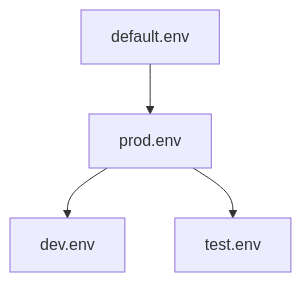
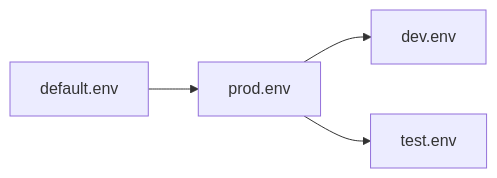
Before and after one commit to rsgalloway/envstack: the second of 4 diagrams in docs/examples.md, drawn with Mermaid. The commit also changed other lines of this file and 1 other file, not shown here.

Commit message:
mermaid chart tweaks

````diff
--- a/docs/examples.md
+++ b/docs/examples.md
@@ -40,6 +40,6 @@
 ```mermaid
-flowchart TD
-  base[default.env] --> prod[prod.env]
+flowchart LR
+  default[default.env] --> prod[prod.env]
   prod --> dev[dev.env]
   prod --> test[test.env]
 ```
````
